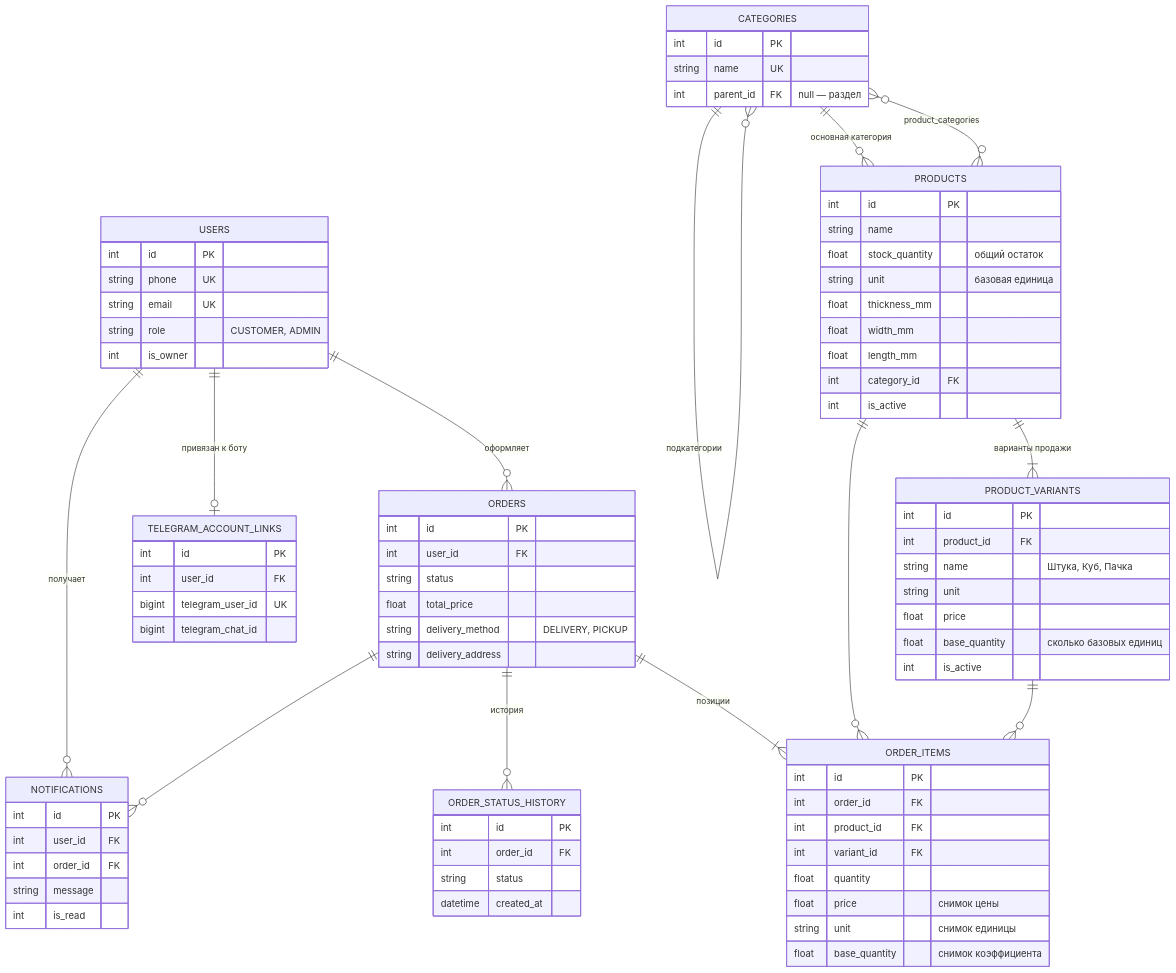
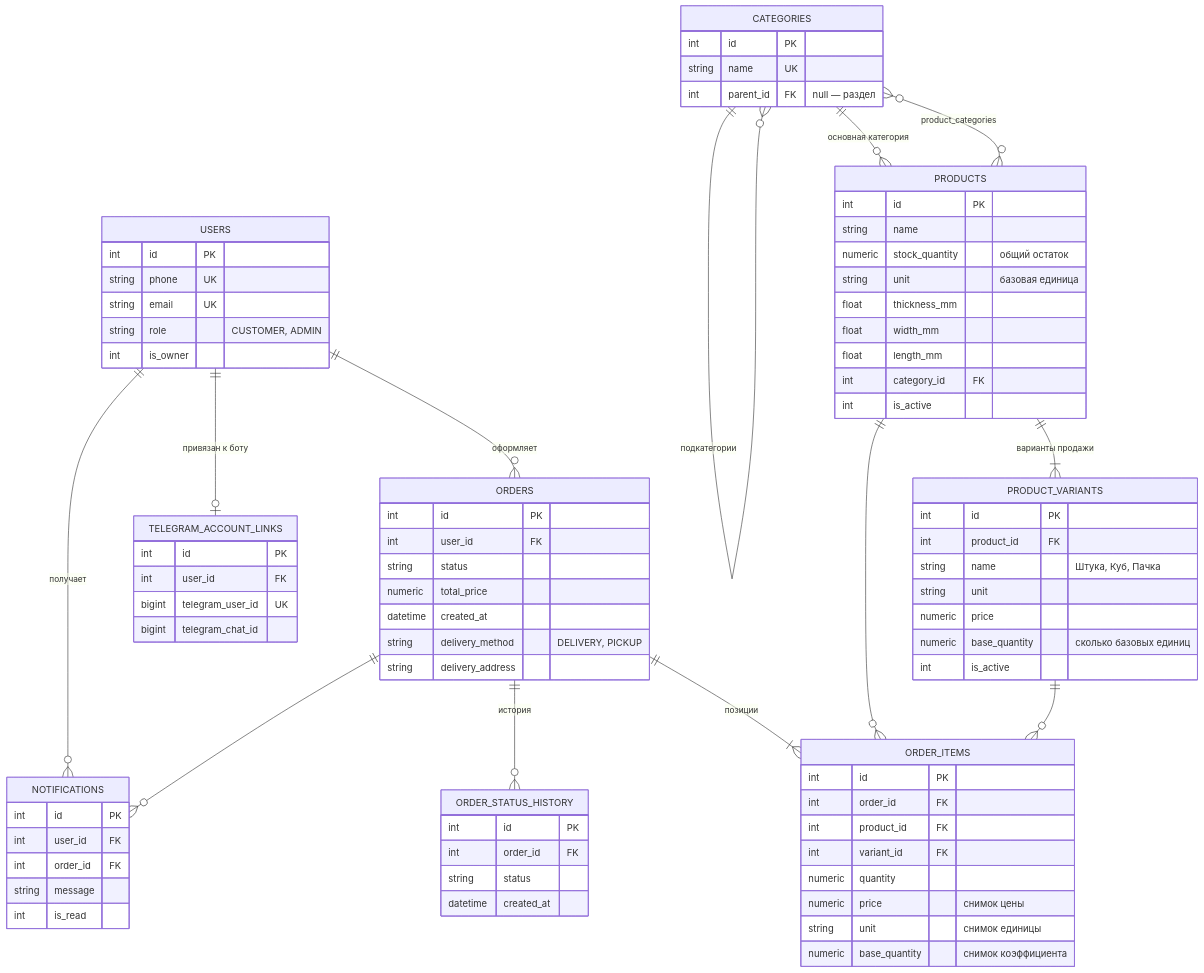
The second of 9 diagrams in docs/diagrams.md (haz2007/-Builder-s-Friend-), drawn with Mermaid before and after one commit. The commit also changed 22 other files, not shown here.

```diff
--- a/docs/diagrams.md
+++ b/docs/diagrams.md
@@ -81,7 +81,7 @@
     PRODUCTS {
         int id PK
         string name
-        float stock_quantity "общий остаток"
+        numeric stock_quantity "общий остаток"
         string unit "базовая единица"
         float thickness_mm
         float width_mm
@@ -94,15 +94,16 @@
         int product_id FK
         string name "Штука, Куб, Пачка"
         string unit
-        float price
-        float base_quantity "сколько базовых единиц"
+        numeric price
+        numeric base_quantity "сколько базовых единиц"
         int is_active
     }
     ORDERS {
         int id PK
         int user_id FK
         string status
-        float total_price
+        numeric total_price
+        datetime created_at
         string delivery_method "DELIVERY, PICKUP"
         string delivery_address
     }
@@ -111,10 +112,10 @@
         int order_id FK
         int product_id FK
         int variant_id FK
-        float quantity
-        float price "снимок цены"
+        numeric quantity
+        numeric price "снимок цены"
         string unit "снимок единицы"
-        float base_quantity "снимок коэффициента"
+        numeric base_quantity "снимок коэффициента"
     }
     ORDER_STATUS_HISTORY {
         int id PK
```
